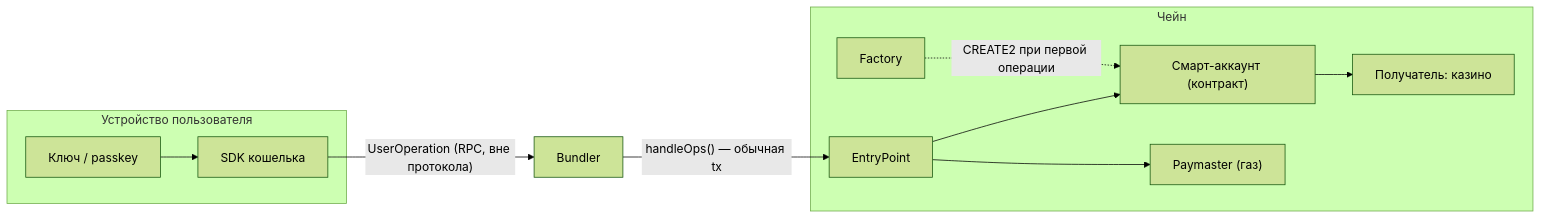
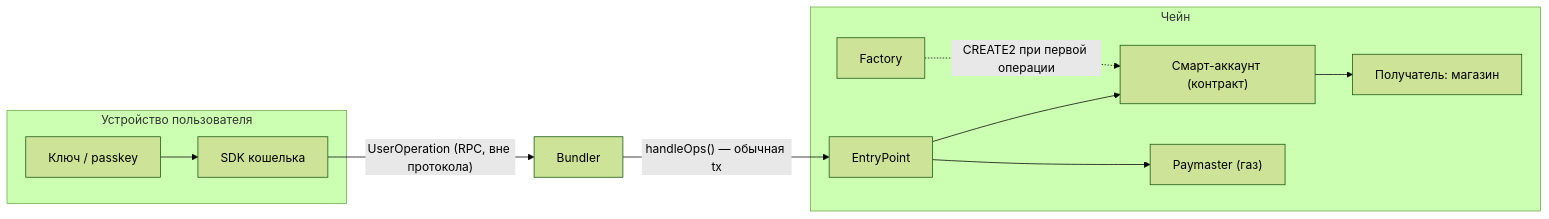
The first of 3 diagrams in erc4337-smart-account.md (shabak/erc4337-smart-account), drawn with Mermaid (forest theme) before and after one commit. The commit also changed other lines of this file, not shown here.

Commit message:
Замена «казино» на «магазин» по всей доке

````diff
--- a/erc4337-smart-account.md
+++ b/erc4337-smart-account.md
@@ -28,14 +28,14 @@
 ```mermaid
 flowchart LR
     subgraph Устройство пользователя
         K[Ключ / passkey] --> SDK[SDK кошелька]
     end
     SDK -- "UserOperation (RPC, вне протокола)" --> B[Bundler]
     B -- "handleOps() — обычная tx" --> EP[EntryPoint]
     subgraph Чейн
         EP --> A["Смарт-аккаунт (контракт)"]
         EP --> PM["Paymaster (газ)"]
         F[Factory] -. "CREATE2 при первой операции" .-> A
-        A --> DST[Получатель: казино]
+        A --> DST[Получатель: магазин]
     end
 ```
````
